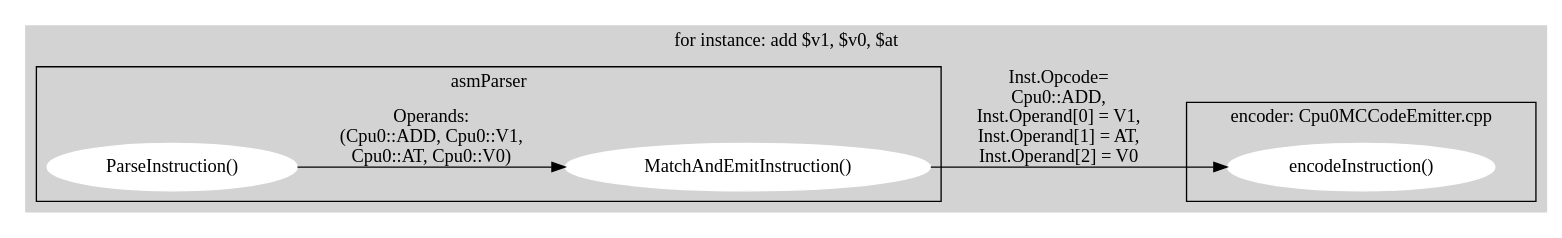
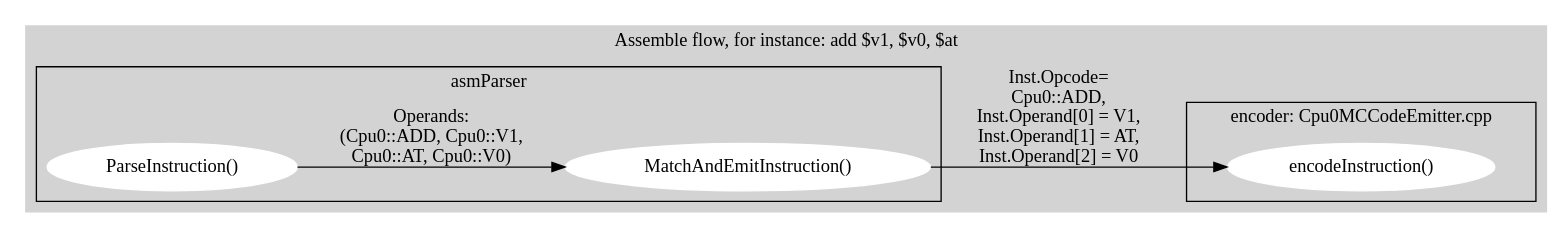
One commit to Jonathan2251/lbd changed the diagram in Fig/asm/asmDfdEx.gv. Above: the diagram before and after it, drawn with Graphviz. The commit also changed 4 other files, not shown here.

Commit message:
use graphviz in Sphinx

```diff
--- a/Fig/asm/asmDfdEx.gv
+++ b/Fig/asm/asmDfdEx.gv
@@ -1,22 +1,22 @@
 // Free usage license, author: Chung-Shu Chen 陳鍾樞
 // dot -Tpng asmDfdEx.gv -oasmDfdEx.png
 
 digraph G {
   rankdir=LR;
   subgraph cluster_2 {
     style=filled;
-    label = "for instance: add $v1, $v0, $at";
+    label = "Assemble flow, for instance: add $v1, $v0, $at";
     subgraph clusterA {
       label = "asmParser";
       node [style=filled,color=white]; ParseInstruction [label="ParseInstruction()"];
       node [style=filled,color=white]; MatchAndEmitInstruction [label="MatchAndEmitInstruction()"];
       ParseInstruction -> MatchAndEmitInstruction [ label = "Operands:\n (Cpu0::ADD, Cpu0::V1,\n Cpu0::AT, Cpu0::V0)" ];
     }
     subgraph clusterB {
       label = "encoder: Cpu0MCCodeEmitter.cpp";
       node [style=filled,color=white]; encodeInstruction [label="encodeInstruction()"];
     }
     MatchAndEmitInstruction -> encodeInstruction [ label = "Inst.Opcode=\nCpu0::ADD,\nInst.Operand[0] = V1,\nInst.Operand[1] = AT,\nInst.Operand[2] = V0" ];
     color=lightgrey
   }
 }
```
